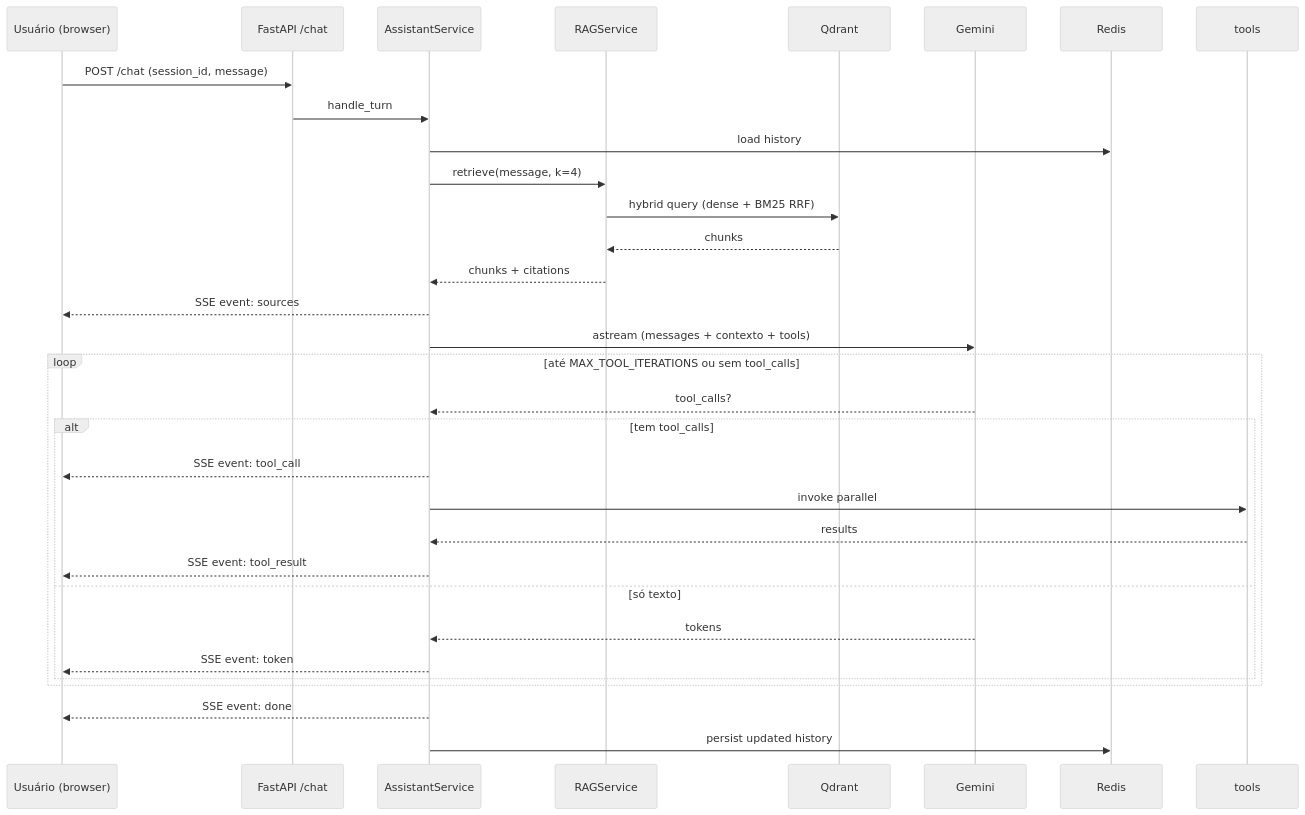
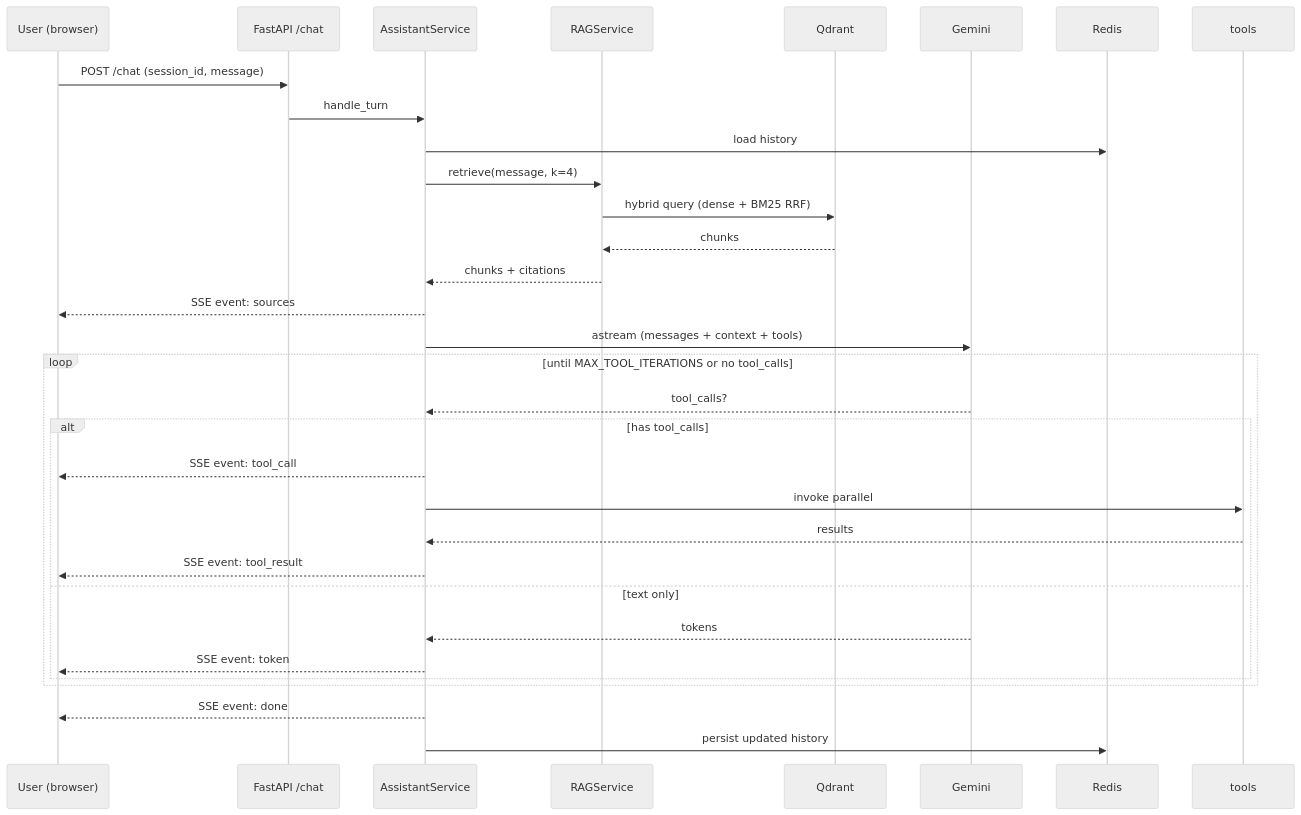
The diagram in docs/README.md (ndocolas/rag-challenge), drawn with Mermaid (neutral theme) before and after one commit. The commit also changed other lines of this file and 8 other files, not shown here.

````diff
--- a/docs/README.md
+++ b/docs/README.md
@@ -15,35 +15,35 @@
 ```mermaid
 sequenceDiagram
-    participant U as Usuário (browser)
+    participant U as User (browser)
     participant API as FastAPI /chat
     participant CS as AssistantService
     participant RS as RAGService
     participant Q as Qdrant
     participant G as Gemini
     participant R as Redis
     participant T as tools
 
     U->>API: POST /chat (session_id, message)
     API->>CS: handle_turn
     CS->>R: load history
     CS->>RS: retrieve(message, k=4)
     RS->>Q: hybrid query (dense + BM25 RRF)
     Q-->>RS: chunks
     RS-->>CS: chunks + citations
     CS-->>U: SSE event: sources
-    CS->>G: astream (messages + contexto + tools)
-    loop até MAX_TOOL_ITERATIONS ou sem tool_calls
+    CS->>G: astream (messages + context + tools)
+    loop until MAX_TOOL_ITERATIONS or no tool_calls
         G-->>CS: tool_calls?
-        alt tem tool_calls
+        alt has tool_calls
             CS-->>U: SSE event: tool_call
             CS->>T: invoke parallel
             T-->>CS: results
             CS-->>U: SSE event: tool_result
-        else só texto
+        else text only
             G-->>CS: tokens
             CS-->>U: SSE event: token
         end
     end
     CS-->>U: SSE event: done
     CS->>R: persist updated history
 ```
````
